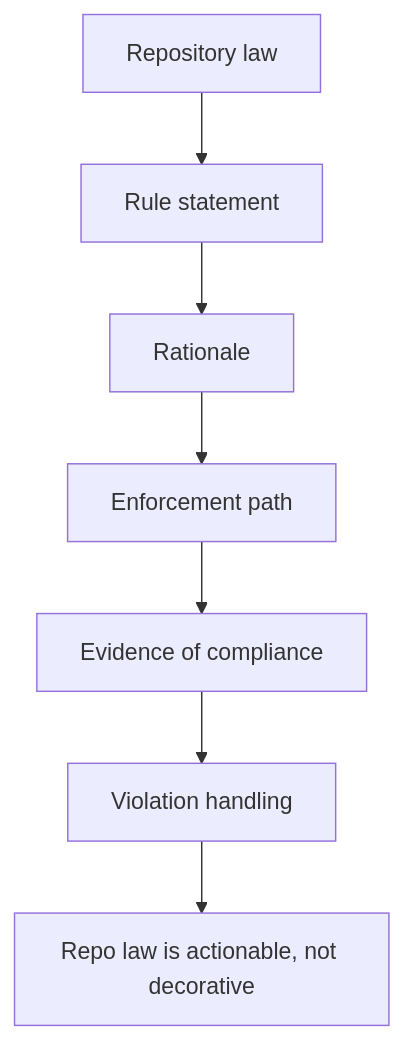
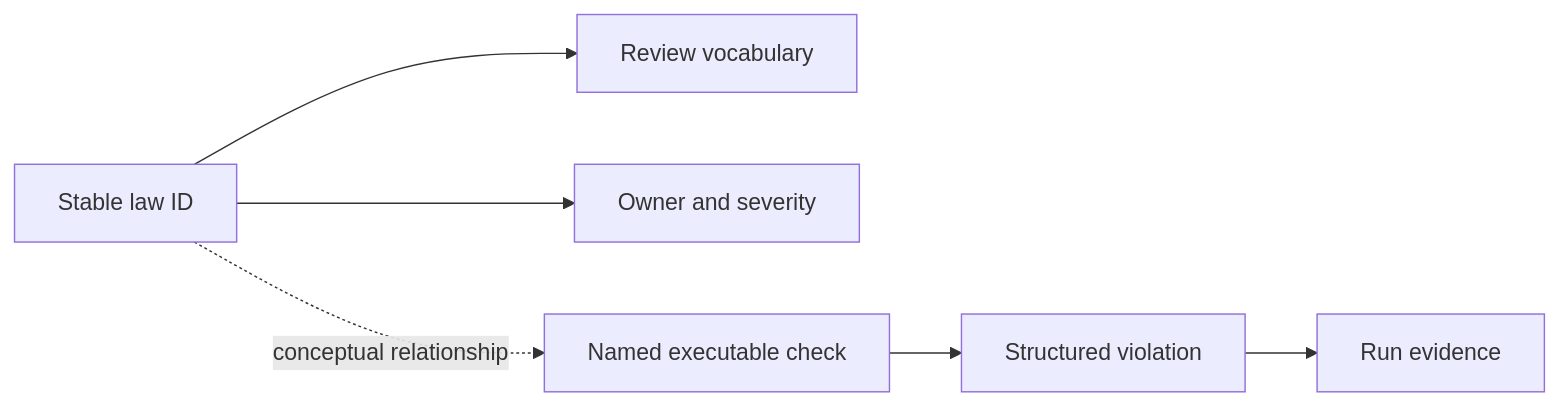
The diagram in docs/bijux-atlas-dev/workspace/repository-laws.md (bijux/bijux-atlas), drawn with Mermaid before and after one commit. The commit also changed other lines of this file and 2 other files, not shown here.

Commit message:
docs(workspace): clarify repository authority and generated evidence

````diff
--- a/docs/bijux-atlas-dev/workspace/repository-laws.md
+++ b/docs/bijux-atlas-dev/workspace/repository-laws.md
@@ -16,10 +28,8 @@
 ```mermaid
-flowchart TD
-    Law[Repository law] --> Statement[Rule statement]
-    Statement --> Rationale[Rationale]
-    Rationale --> Enforcement[Enforcement path]
-    Enforcement --> Evidence[Evidence of compliance]
-    Evidence --> Violations[Violation handling]
-
-    Violations --> Actionable[Repo law is actionable, not decorative]
+flowchart LR
+    Law[Stable law ID] --> Review[Review vocabulary]
+    Law --> Metadata[Owner and severity]
+    Check[Named executable check] --> Finding[Structured violation]
+    Finding --> Evidence[Run evidence]
+    Law -. conceptual relationship .-> Check
 ```
````
